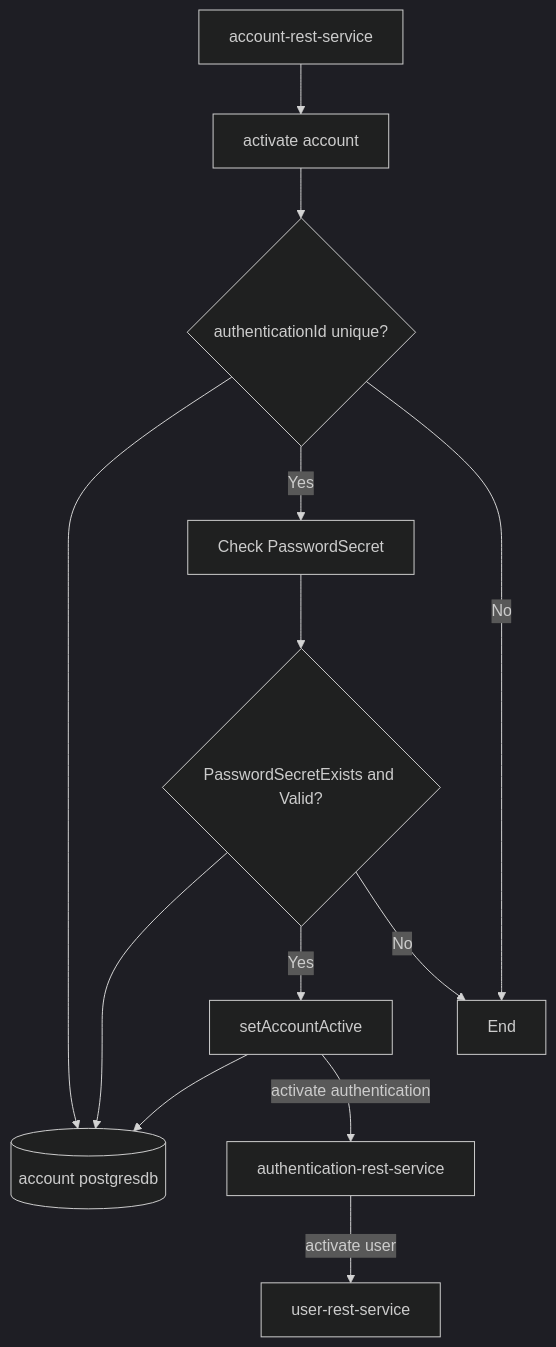
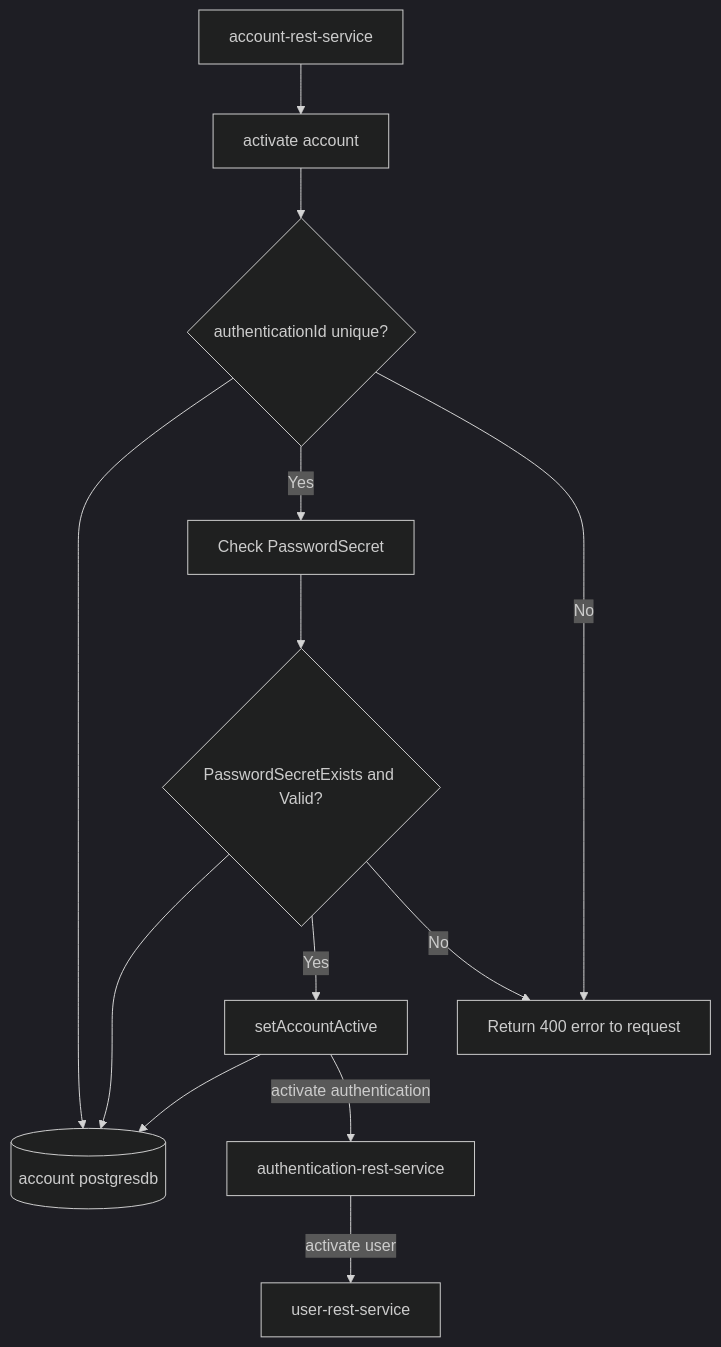
One commit to sonamsamdupkhangsar/account-rest-service changed the second of 2 diagrams in README.md. Above: the diagram before and after it, drawn with Mermaid (dark theme).

````diff
--- a/README.md
+++ b/README.md
@@ -91,19 +91,19 @@
 ```mermaid
 flowchart TD
   account-rest-service --> activateAccount["activate account"]  
   activateAccount --> authenticationIdUnique{authenticationId unique?}
   
   authenticationIdUnique --> accountDb[(account postgresdb)]
   
   authenticationIdUnique --> |Yes| passwordSecretCheck[Check PasswordSecret]
-  authenticationIdUnique --> |No| ReturnError[End]
+  authenticationIdUnique --> |No| ReturnError[Return 400 error to request]
   
   passwordSecretCheck --> passwordSecretValid{PasswordSecretExists and Valid?}
   
   passwordSecretValid --> accountDb
   passwordSecretValid -->|Yes| setAccountActive   
   setAccountActive --> accountDb
   setAccountActive --"activate authentication"--> activateAuthentication[authentication-rest-service]
   passwordSecretValid -->|No| ReturnError
   activateAuthentication --"activate user"--> activateUser["user-rest-service"] 
 ```  
````
